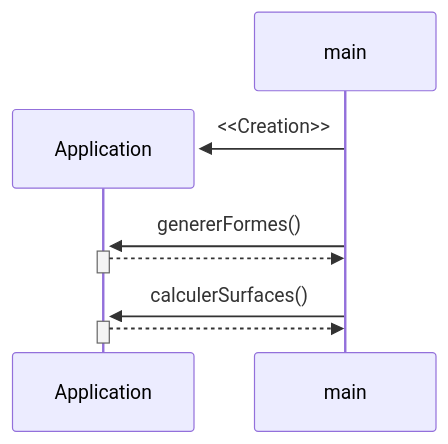
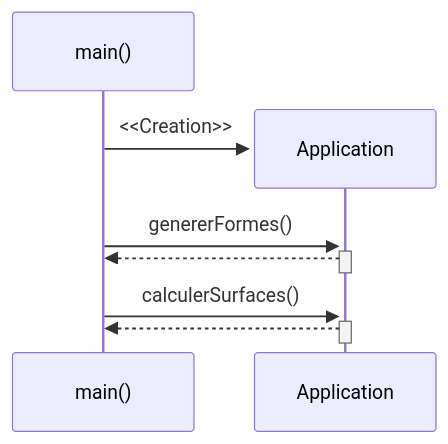
Before and after one commit to emf-info-320/320_EX_05_FORMES_POO: the third of 5 diagrams in README.md, drawn with Mermaid. The commit also changed other lines of this file, not shown here.

Commit message:
correction diagrammes

````diff
--- a/README.md
+++ b/README.md
@@ -271,9 +271,10 @@
 ```mermaid
 sequenceDiagram
+    participant main as main()
     create participant Application
     main->>Application: <<Creation>>
     main->>+Application: genererFormes()
     Application-->>-main: 
     main->>+Application: calculerSurfaces()
     Application-->>-main: 
 ```
````
